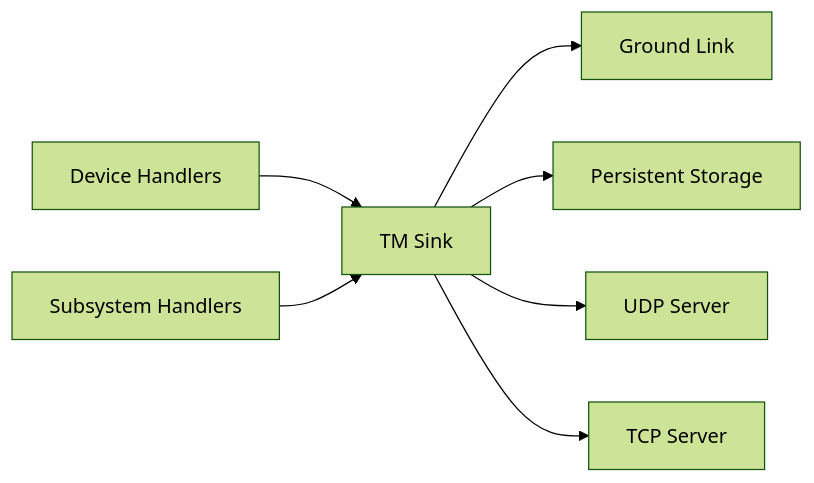
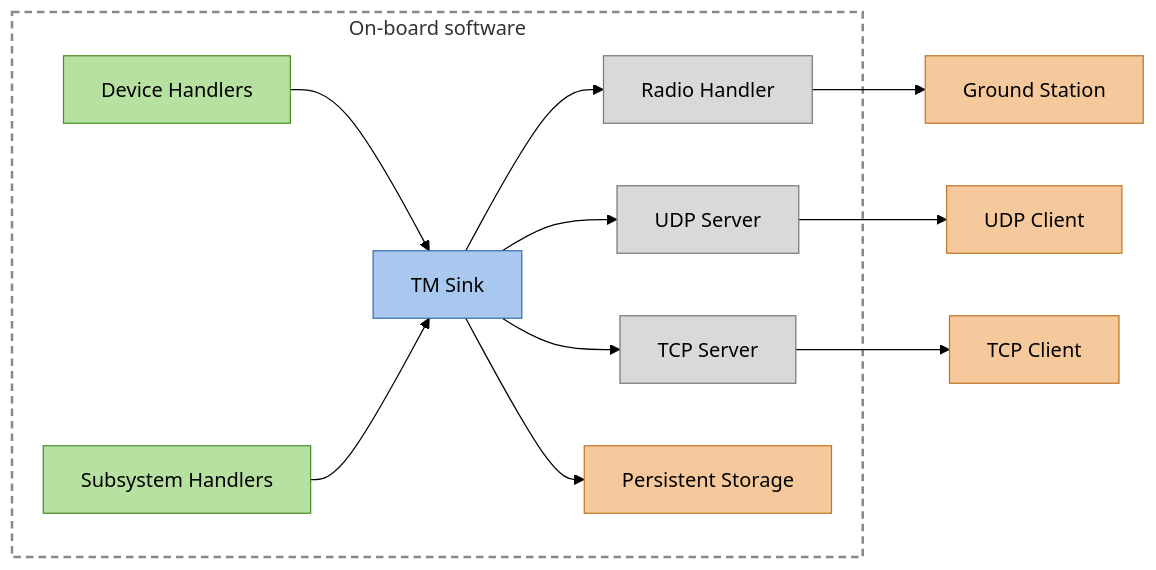
One commit to ustgt-irs/sat-rs changed the first of 2 diagrams in satrs-book/src/communication.md. Above: the diagram before and after it, drawn with Mermaid (forest theme). The commit also changed other lines of this file and 9 other files, not shown here.

````diff
--- a/satrs-book/src/communication.md
+++ b/satrs-book/src/communication.md
@@ -40,9 +42,27 @@
 ```mermaid
 flowchart LR
-    Dev[Device Handlers] --> Sink[TM Sink]
-    Sub[Subsystem Handlers] --> Sink
-    Sink --> Ground[Ground Link]
-    Sink --> Store[Persistent Storage]
-    Sink --> Udp[UDP Server]
-    Sink --> Tcp[TCP Server]
+    subgraph OBSW[On-board software]
+        Dev[Device Handlers]
+        Sub[Subsystem Handlers]
+        Sink[TM Sink]
+        Radio[Radio Handler]
+        Udp[UDP Server]
+        Tcp[TCP Server]
+        Store[Persistent Storage]
+    end
+    Dev --> Sink
+    Sub --> Sink
+    Sink --> Radio --> Station[Ground Station]
+    Sink --> Udp --> UdpClient[UDP Client]
+    Sink --> Tcp --> TcpClient[TCP Client]
+    Sink --> Store
+    classDef creator fill:#b7e1a1,stroke:#4a8f2a,color:#000
+    classDef hub fill:#a9c8f0,stroke:#3a6fb0,color:#000
+    classDef transport fill:#d9d9d9,stroke:#7a7a7a,color:#000
+    classDef recipient fill:#f5c99b,stroke:#c0782a,color:#000
+    style OBSW fill:transparent,stroke:#888,stroke-width:2px,stroke-dasharray:6 4
+    class Dev,Sub creator
+    class Sink hub
+    class Radio,Udp,Tcp transport
+    class Station,UdpClient,TcpClient,Store recipient
 ```
````
